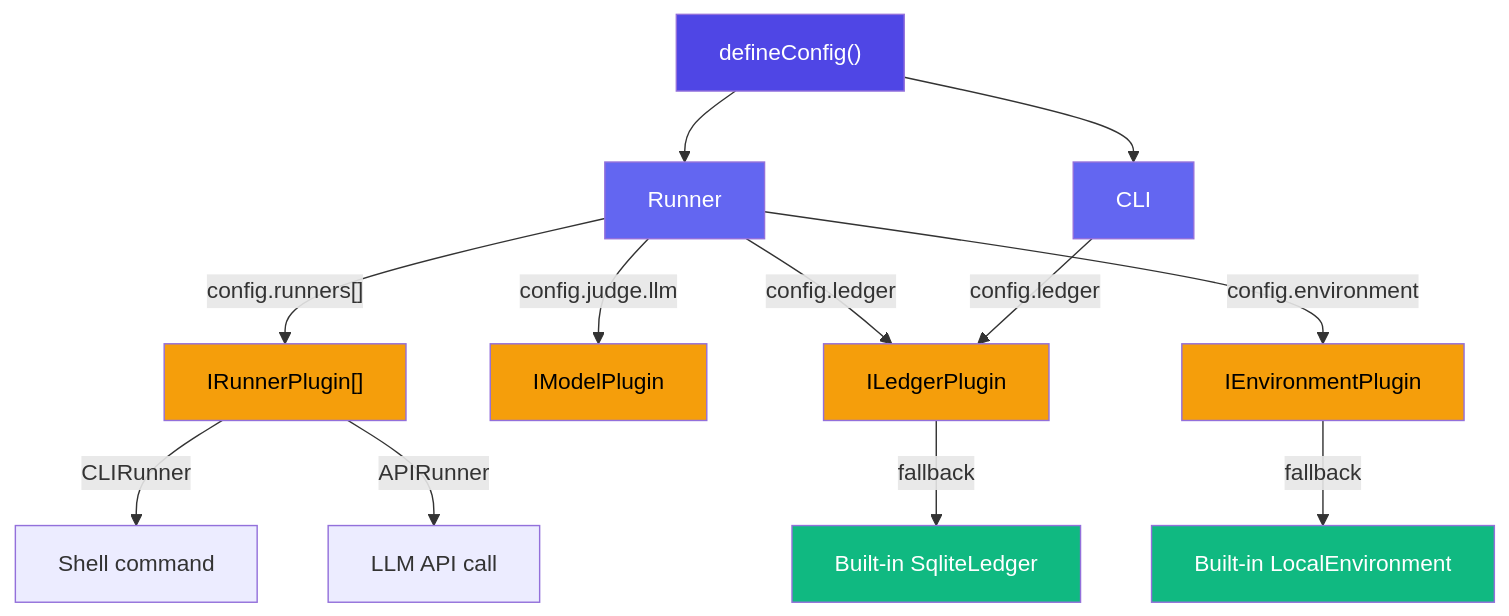
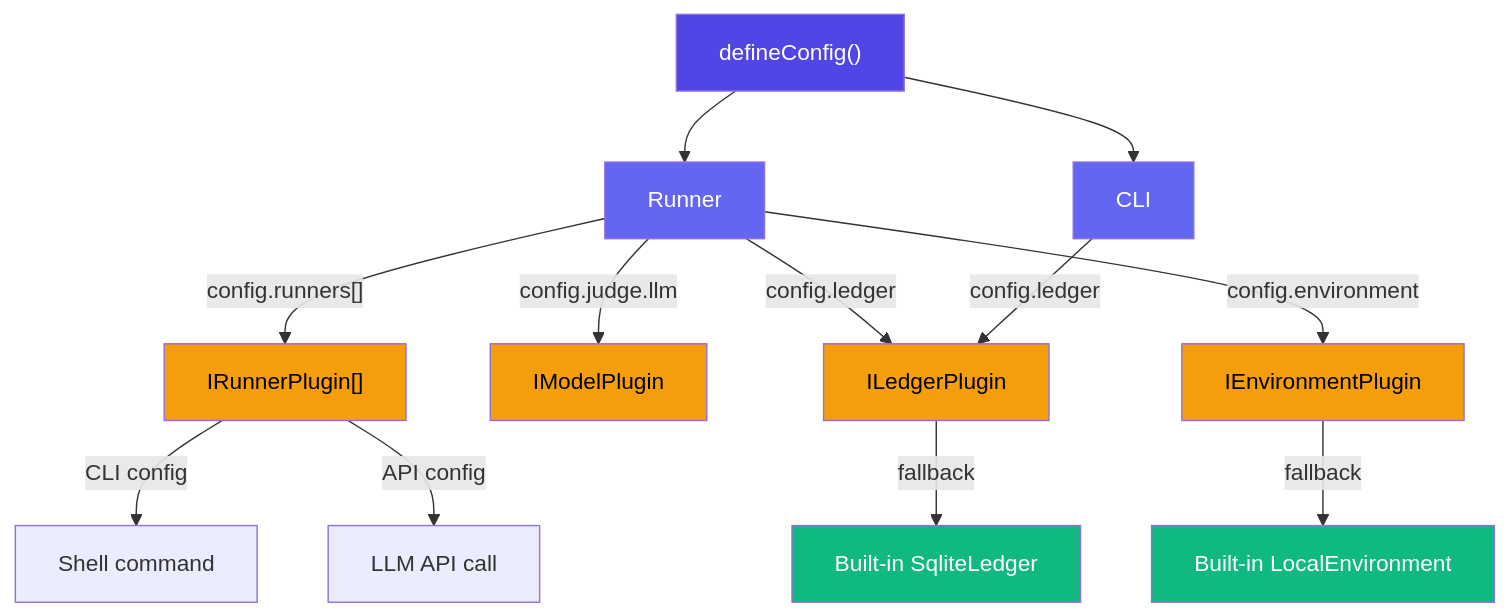
One commit to Tlahey/agent-eval changed the second of 2 diagrams in apps/docs/guide/plugins.md. Above: the diagram before and after it, drawn with Mermaid. The commit also changed other lines of this file and 26 other files, not shown here.

````diff
--- a/apps/docs/guide/plugins.md
+++ b/apps/docs/guide/plugins.md
@@ -168,26 +167,26 @@
 ```mermaid
 flowchart TB
     CONFIG["defineConfig()"] --> RUNNER["Runner"]
     CONFIG --> CLI["CLI"]
 
     RUNNER -->|"config.runners[]"| RP["IRunnerPlugin[]"]
     RUNNER -->|"config.judge.llm"| MP["IModelPlugin"]
     RUNNER -->|"config.ledger"| LEDGER["ILedgerPlugin"]
     RUNNER -->|"config.environment"| ENV["IEnvironmentPlugin"]
     CLI -->|"config.ledger"| LEDGER
 
-    RP -->|"CLIRunner"| CLIR["Shell command"]
-    RP -->|"APIRunner"| APIR["LLM API call"]
+    RP -->|"CLI config"| CLIR["Shell command"]
+    RP -->|"API config"| APIR["LLM API call"]
     LEDGER -->|"fallback"| SQLITE["Built-in SqliteLedger"]
     ENV -->|"fallback"| LOCAL["Built-in LocalEnvironment"]
 
     style CONFIG fill:#4f46e5,color:#fff
     style RUNNER fill:#6366f1,color:#fff
     style CLI fill:#6366f1,color:#fff
     style RP fill:#f59e0b,color:#000
     style MP fill:#f59e0b,color:#000
     style LEDGER fill:#f59e0b,color:#000
     style ENV fill:#f59e0b,color:#000
     style SQLITE fill:#10b981,color:#fff
     style LOCAL fill:#10b981,color:#fff
 ```
````
